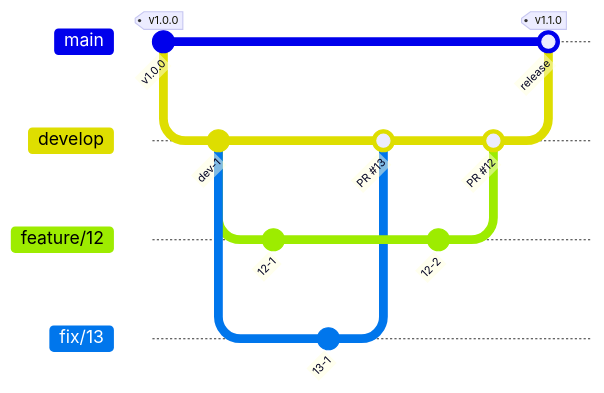
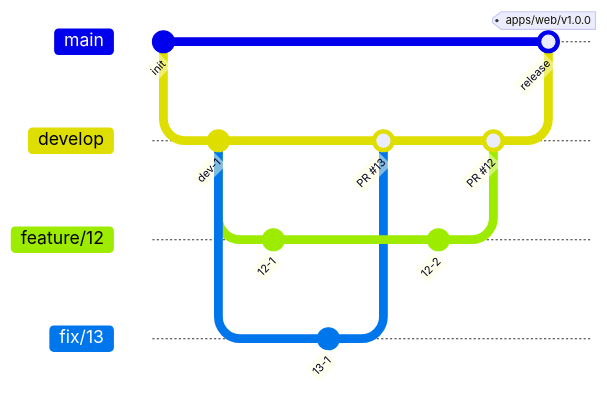
The diagram in CONTRIBUTING.md (Fukuemon/buddy), drawn with Mermaid before and after one commit. The commit also changed other lines of this file, not shown here.

````diff
--- a/CONTRIBUTING.md
+++ b/CONTRIBUTING.md
@@ -148,22 +147,22 @@
 ```mermaid
 gitGraph
-    commit id: "v1.0.0" tag: "v1.0.0"
+    commit id: "init"
     branch develop
     checkout develop
     commit id: "dev-1"
     branch "feature/12"
     checkout "feature/12"
     commit id: "12-1"
     checkout develop
     branch "fix/13"
     checkout "fix/13"
     commit id: "13-1"
     checkout develop
     merge "fix/13" id: "PR #13"
     checkout "feature/12"
     commit id: "12-2"
     checkout develop
     merge "feature/12" id: "PR #12"
     checkout main
-    merge develop id: "release" tag: "v1.1.0"
+    merge develop id: "release" tag: "apps/web/v1.0.0"
 ```
````
